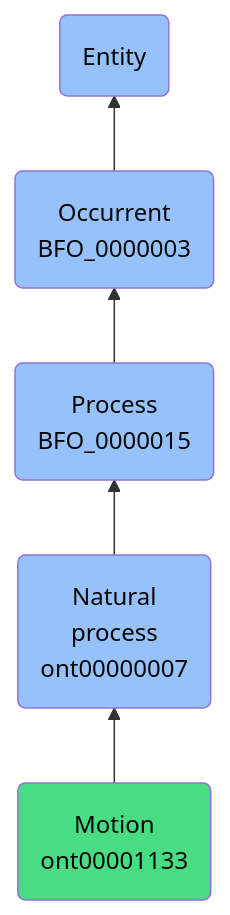
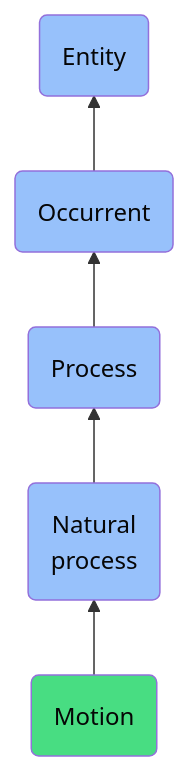
Before and after one commit to jupyter-naas/abi: the diagram in docs/ontology/reference/model/Entity/Occurrent/Process/Natural process/Motion/Motion.md, drawn with Mermaid. The commit also changed other lines of this file and 1430 other files, not shown here.

````diff
--- a/docs/ontology/reference/model/Entity/Occurrent/Process/Natural process/Motion/Motion.md
+++ b/docs/ontology/reference/model/Entity/Occurrent/Process/Natural process/Motion/Motion.md
@@ -24,12 +24,12 @@
 ```mermaid
 graph BT
-    ont00001133(Motion<br>ont00001133):::ABI-->ont00000007
-    ont00000007(Natural<br>process<br>ont00000007):::BFO-->BFO_0000015
-    BFO_0000015(Process<br>BFO_0000015):::BFO-->BFO_0000003
-    BFO_0000003(Occurrent<br>BFO_0000003):::BFO-->BFO_0000001
+    ont00001133(Motion):::ABI-->ont00000007
+    ont00000007(Natural<br>process):::BFO-->BFO_0000015
+    BFO_0000015(Process):::BFO-->BFO_0000003
+    BFO_0000003(Occurrent):::BFO-->BFO_0000001
     BFO_0000001(Entity):::BFO
     
     classDef BFO fill:#97c1fb,color:#060606
     classDef CCO fill:#e4c51e,color:#060606
     classDef ABI fill:#48DD82,color:#060606
 ```
````
